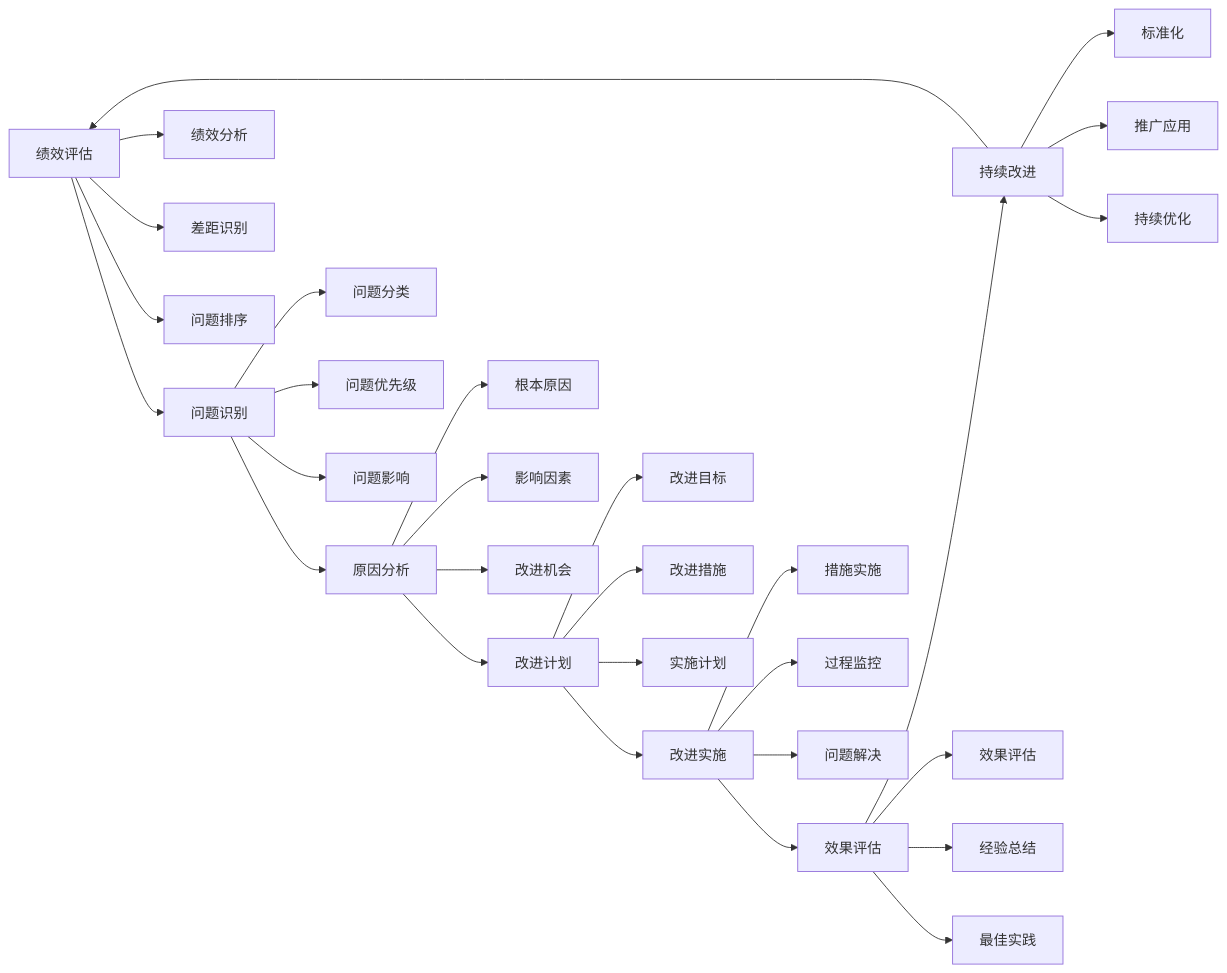
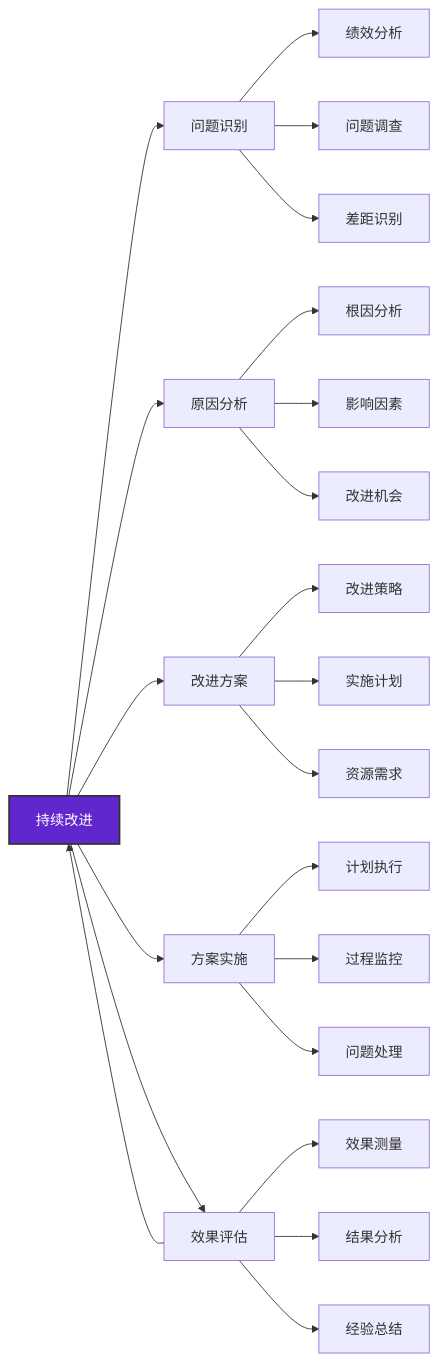
The ninth of 9 diagrams in 企业领导力/03-能力构建层/核心领导能力/04-团队建设.md (Anping2017/obsidian), drawn with Mermaid before and after one commit. The commit also changed other lines of this file and 28 other files, not shown here.

````diff
--- a/企业领导力/03-能力构建层/核心领导能力/04-团队建设.md
+++ b/企业领导力/03-能力构建层/核心领导能力/04-团队建设.md
@@ -246,38 +365,31 @@
 ```mermaid
 graph LR
-    A[绩效评估] --> B[问题识别]
-    B --> C[原因分析]
-    C --> D[改进计划]
-    D --> E[改进实施]
-    E --> F[效果评估]
-    F --> G[持续改进]
-    G --> A
+    A[持续改进] --> B[问题识别]
+    A --> C[原因分析]
+    A --> D[改进方案]
+    A --> E[方案实施]
+    A --> F[效果评估]
+    F --> A
     
-    A --> A1[绩效分析]
-    A --> A2[差距识别]
-    A --> A3[问题排序]
+    B --> B1[绩效分析]
+    B --> B2[问题调查]
+    B --> B3[差距识别]
     
-    B --> B1[问题分类]
-    B --> B2[问题优先级]
-    B --> B3[问题影响]
-    
-    C --> C1[根本原因]
+    C --> C1[根因分析]
     C --> C2[影响因素]
     C --> C3[改进机会]
     
-    D --> D1[改进目标]
-    D --> D2[改进措施]
-    D --> D3[实施计划]
+    D --> D1[改进策略]
+    D --> D2[实施计划]
+    D --> D3[资源需求]
     
-    E --> E1[措施实施]
+    E --> E1[计划执行]
     E --> E2[过程监控]
-    E --> E3[问题解决]
+    E --> E3[问题处理]
     
-    F --> F1[效果评估]
-    F --> F2[经验总结]
-    F --> F3[最佳实践]
+    F --> F1[效果测量]
+    F --> F2[结果分析]
+    F --> F3[经验总结]
     
-    G --> G1[标准化]
-    G --> G2[推广应用]
-    G --> G3[持续优化]
+    style A fill:#5f27cd,stroke:#333,stroke-width:2px,color:#fff
 ```
````
